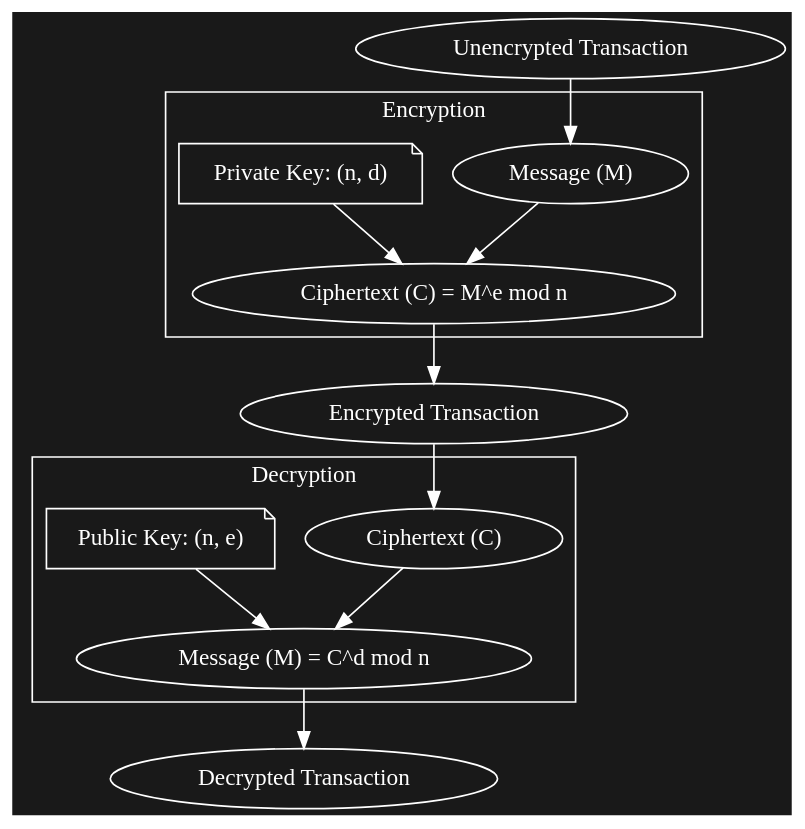
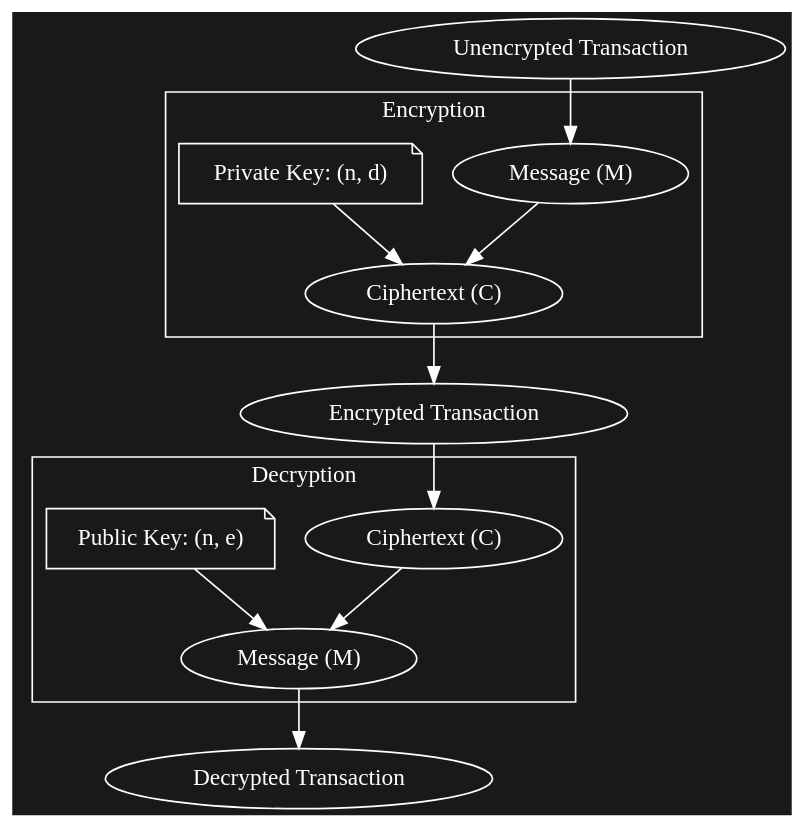
Before and after one commit to cd-c89/rs: the diagram in src/80_eddsa.qmd, drawn with Graphviz. The commit also changed other lines of this file and 32 other files, not shown here.

````diff
--- a/src/80_eddsa.qmd
+++ b/src/80_eddsa.qmd
@@ -140,45 +140,45 @@
 ```{dot}
 //| fig-width: 800px
 //| echo: false
 digraph RSA_Encryption {
   bgcolor="#191919";
   node [fontcolor = "#ffffff", color = "#ffffff"]
   edge [color = "#ffffff", fontcolor = "#ffffff"]
 
   // Encryption
   subgraph cluster_encryption {
     fontcolor = "#ffffff";
     color = "#ffffff";
     label = "Encryption";
     message [label="Message (M)"];
-    encrypt [label="Ciphertext (C) = M^e mod n"];
+    encrypt [label="Ciphertext (C)"];
     public_key_ref [label="Private Key: (n, d)", shape=note];
 
     message -> encrypt;
     public_key_ref -> encrypt;
   }
 
   // Decryption
   subgraph cluster_decryption {
     fontcolor = "#ffffff";
     color = "#ffffff";
     label = "Decryption";
     ciphertext [label="Ciphertext (C)"];
-    decrypt [label="Message (M) = C^d mod n"];
+    decrypt [label="Message (M)"];
     private_key_ref [label="Public Key: (n, e)", shape=note];
 
     ciphertext -> decrypt;
     private_key_ref -> decrypt;
   }
 
   input [label="Unencrypted Transaction"]
   inter [label="Encrypted Transaction"]
   output [label="Decrypted Transaction"]
 
   // Connections between steps
   input -> message;
   encrypt -> inter;
   inter -> ciphertext;
   decrypt -> output;
 }
 ```
````
